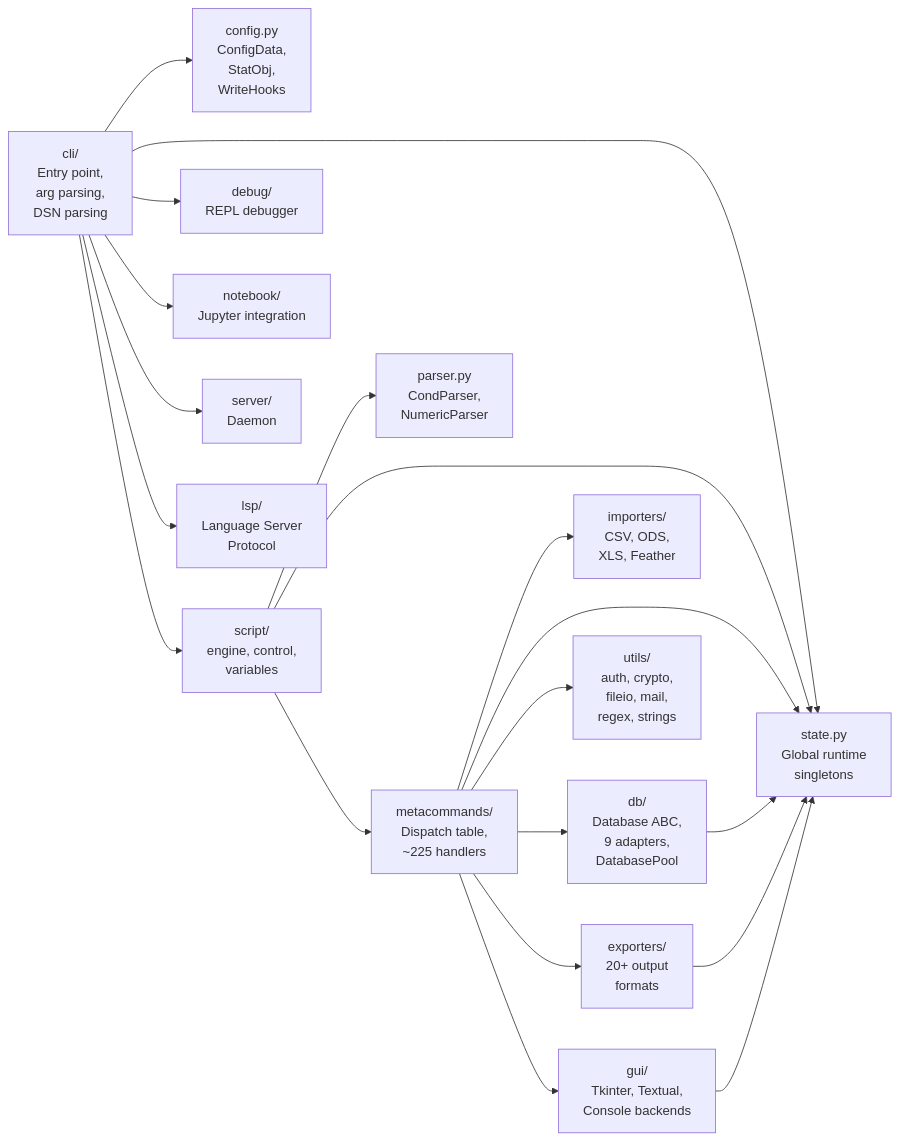
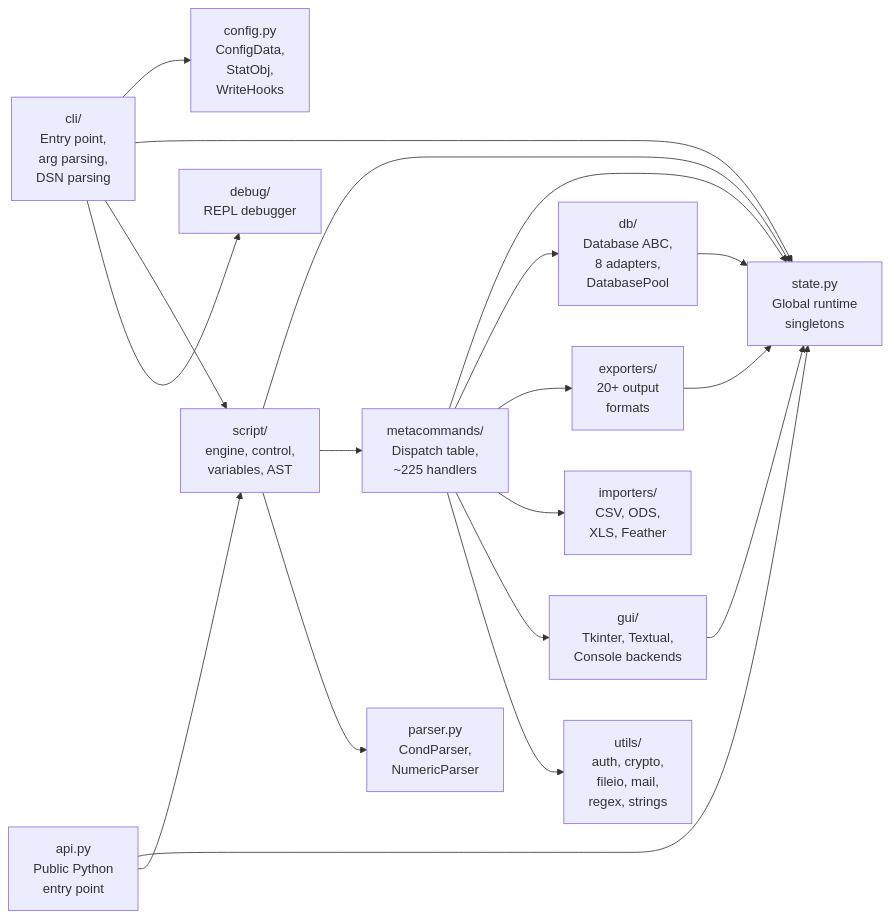
Before and after one commit to geocoug/execsql: the second of 2 diagrams in docs/dev/architecture.md, drawn with Mermaid. The commit also changed other lines of this file, not shown here.

First line of the commit message:
Fix and trim architecture.md: remove fictional internals

````diff
--- a/docs/dev/architecture.md
+++ b/docs/dev/architecture.md
@@ -58,38 +44,35 @@
 ```mermaid
 flowchart LR
     CLI["cli/<br/>Entry point,<br/>arg parsing,<br/>DSN parsing"]
+    API["api.py<br/>Public Python<br/>entry point"]
     CONFIG["config.py<br/>ConfigData,<br/>StatObj,<br/>WriteHooks"]
     STATE["state.py<br/>Global runtime<br/>singletons"]
-    SCRIPT["script/<br/>engine, control,<br/>variables"]
+    SCRIPT["script/<br/>engine, control,<br/>variables, AST"]
     META["metacommands/<br/>Dispatch table,<br/>~225 handlers"]
-    DB["db/<br/>Database ABC,<br/>9 adapters,<br/>DatabasePool"]
+    DB["db/<br/>Database ABC,<br/>8 adapters,<br/>DatabasePool"]
     EXPORT["exporters/<br/>20+ output<br/>formats"]
     IMPORT["importers/<br/>CSV, ODS,<br/>XLS, Feather"]
     GUI["gui/<br/>Tkinter, Textual,<br/>Console backends"]
     UTILS["utils/<br/>auth, crypto,<br/>fileio, mail,<br/>regex, strings"]
     PARSER["parser.py<br/>CondParser,<br/>NumericParser"]
     DEBUG["debug/<br/>REPL debugger"]
-    NOTEBOOK["notebook/<br/>Jupyter integration"]
-    SERVER["server/<br/>Daemon"]
-    LSP["lsp/<br/>Language Server<br/>Protocol"]
 
     CLI --> CONFIG
     CLI --> STATE
     CLI --> SCRIPT
     CLI --> DEBUG
-    CLI --> NOTEBOOK
-    CLI --> SERVER
-    CLI --> LSP
+    API --> STATE
+    API --> SCRIPT
     SCRIPT --> STATE
     SCRIPT --> META
     META --> STATE
     META --> DB
     META --> EXPORT
     META --> IMPORT
     META --> GUI
     META --> UTILS
     DB --> STATE
     EXPORT --> STATE
     GUI --> STATE
     SCRIPT --> PARSER
 ```
````
